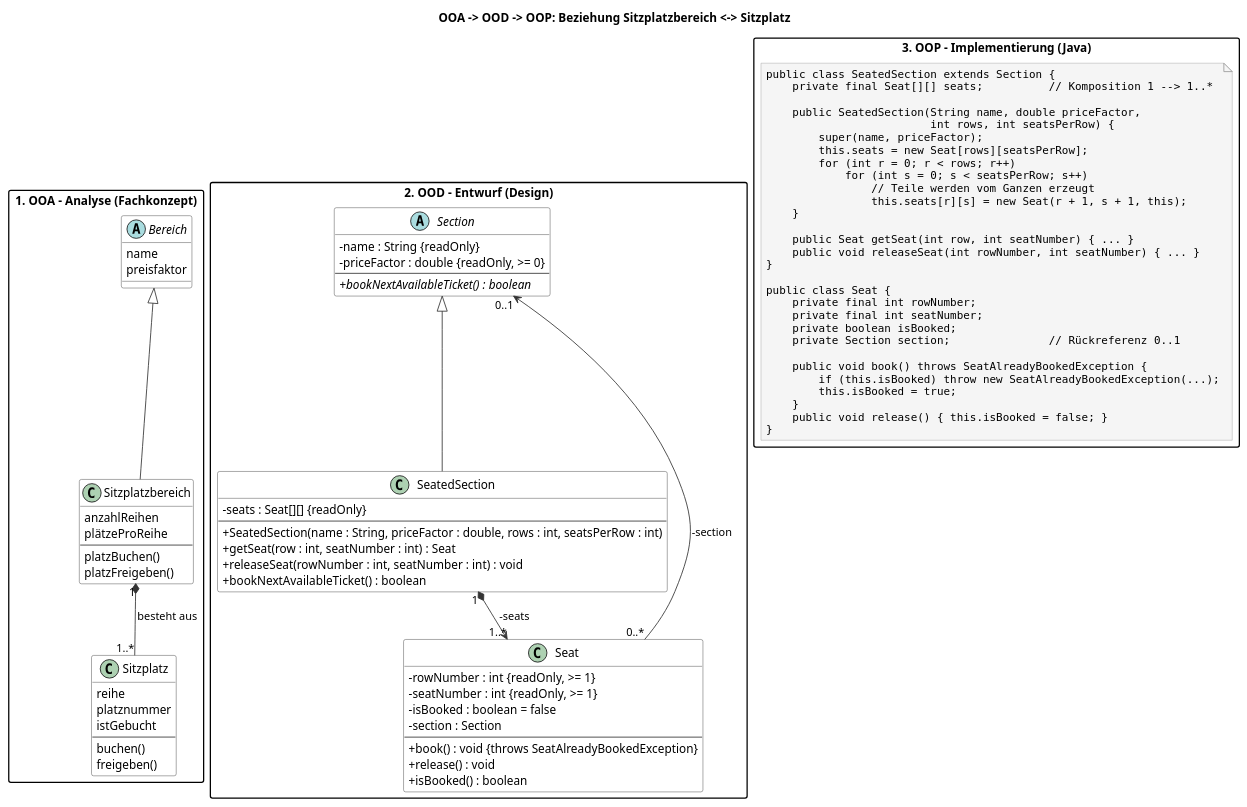
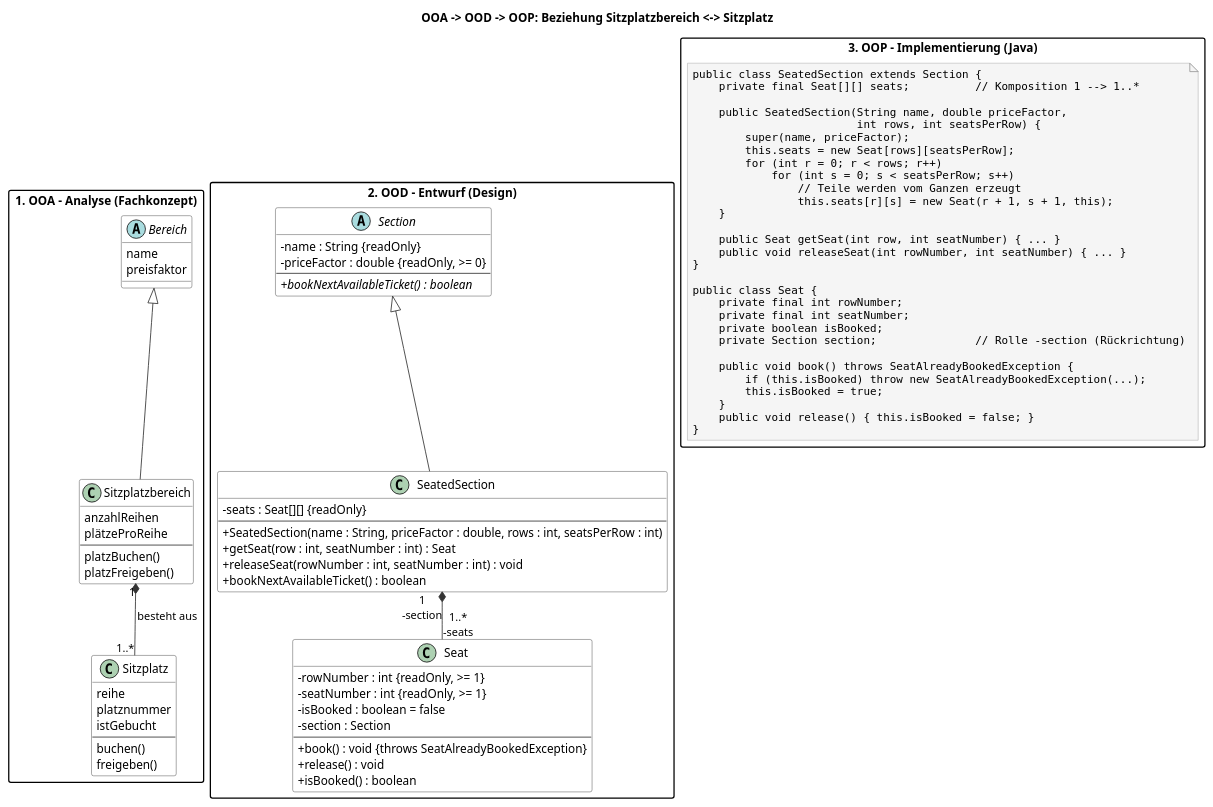
Before and after one commit to hayatvaneck/Eventarena-Ticket-Verkauf-System: the diagram in docs/uml/02_OOA_OOD_OOP_SeatedSection_Seat.puml, drawn with PlantUML. The commit also changed 4 other files, not shown here.

```diff
--- a/docs/uml/02_OOA_OOD_OOP_SeatedSection_Seat.puml
+++ b/docs/uml/02_OOA_OOD_OOP_SeatedSection_Seat.puml
@@ -1,119 +1,119 @@
 @startuml OOA_OOD_OOP_SeatedSection_Seat
 ' ============================================================
 '  Gegenüberstellung OOA -> OOD -> OOP
 '  Beispiel-Beziehung: Komposition "Sitzplatzbereich besteht aus Sitzplätzen"
 '  (wird in BookingService.bookSpecificTicket() und cancelTicket() genutzt)
 ' ============================================================
 !pragma layout smetana
 skinparam classAttributeIconSize 0
 skinparam packageStyle rectangle
 skinparam shadowing false
 skinparam class {
   BackgroundColor White
   BorderColor #333333
   ArrowColor #333333
 }
 skinparam note {
   BackgroundColor #F5F5F5
   BorderColor #999999
 }
 
 title OOA -> OOD -> OOP: Beziehung Sitzplatzbereich <-> Sitzplatz
 
 ' ------------------------------------------------------------
 package "1. OOA - Analyse (Fachkonzept)" as OOA {
   abstract class "Bereich" as A_Bereich {
     name
     preisfaktor
   }
   class "Sitzplatzbereich" as A_Sitz {
     anzahlReihen
     plätzeProReihe
     --
     platzBuchen()
     platzFreigeben()
   }
   class "Sitzplatz" as A_Platz {
     reihe
     platznummer
     istGebucht
     --
     buchen()
     freigeben()
   }
   A_Bereich <|-- A_Sitz
   A_Sitz "1" *-- "1..*" A_Platz : besteht aus >
 }
 
 ' ------------------------------------------------------------
 package "2. OOD - Entwurf (Design)" as OOD {
   abstract class "Section" as D_Section {
     - name : String {readOnly}
     - priceFactor : double {readOnly, >= 0}
     --
     + {abstract} bookNextAvailableTicket() : boolean
   }
   class "SeatedSection" as D_Seated {
     - seats : Seat[][] {readOnly}
     --
     + SeatedSection(name : String, priceFactor : double, rows : int, seatsPerRow : int)
     + getSeat(row : int, seatNumber : int) : Seat
     + releaseSeat(rowNumber : int, seatNumber : int) : void
     + bookNextAvailableTicket() : boolean
   }
   class "Seat" as D_Seat {
     - rowNumber : int {readOnly, >= 1}
     - seatNumber : int {readOnly, >= 1}
     - isBooked : boolean = false
     - section : Section
     --
     + book() : void {throws SeatAlreadyBookedException}
     + release() : void
     + isBooked() : boolean
   }
   D_Section <|-- D_Seated
-  D_Seated "1" *--> "1..*" D_Seat : -seats >
-  D_Seat "0..*" --> "0..1" D_Section : -section >
+  ' Eine bidirektionale Komposition: beide Enden navigierbar, beide Rollen benannt
+  D_Seated "1\n-section" *-- "1..*\n-seats" D_Seat
 }
 
 ' ------------------------------------------------------------
 package "3. OOP - Implementierung (Java)" as OOP {
   note as P_Code
 <code>
 public class SeatedSection extends Section {
     private final Seat[][] seats;          // Komposition 1 --> 1..*
 
     public SeatedSection(String name, double priceFactor,
                          int rows, int seatsPerRow) {
         super(name, priceFactor);
         this.seats = new Seat[rows][seatsPerRow];
         for (int r = 0; r < rows; r++)
             for (int s = 0; s < seatsPerRow; s++)
                 // Teile werden vom Ganzen erzeugt
                 this.seats[r][s] = new Seat(r + 1, s + 1, this);
     }
 
     public Seat getSeat(int row, int seatNumber) { ... }
     public void releaseSeat(int rowNumber, int seatNumber) { ... }
 }
 
 public class Seat {
     private final int rowNumber;
     private final int seatNumber;
     private boolean isBooked;
-    private Section section;               // Rückreferenz 0..1
+    private Section section;               // Rolle -section (Rückrichtung)
 
     public void book() throws SeatAlreadyBookedException {
         if (this.isBooked) throw new SeatAlreadyBookedException(...);
         this.isBooked = true;
     }
     public void release() { this.isBooked = false; }
 }
 </code>
   end note
 }
 
 ' Reihenfolge links -> rechts erzwingen
 A_Bereich -[hidden]right- D_Section
 
 @enduml
```
